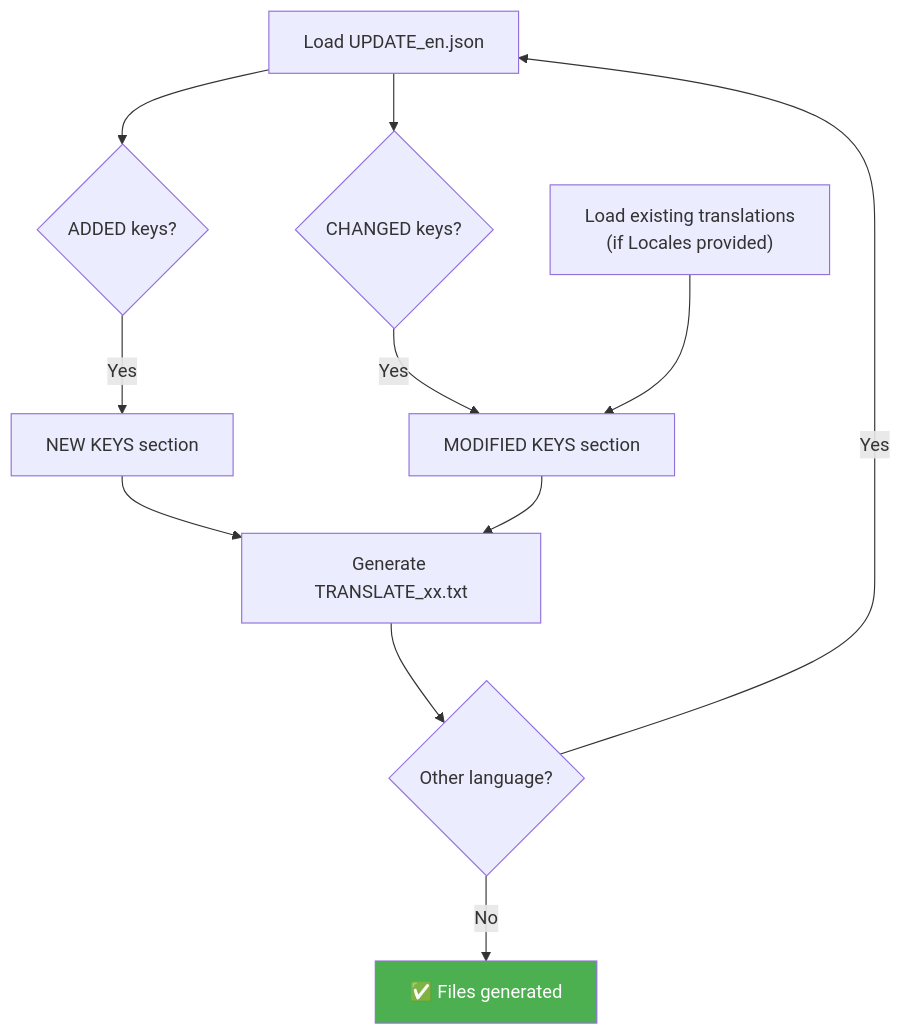
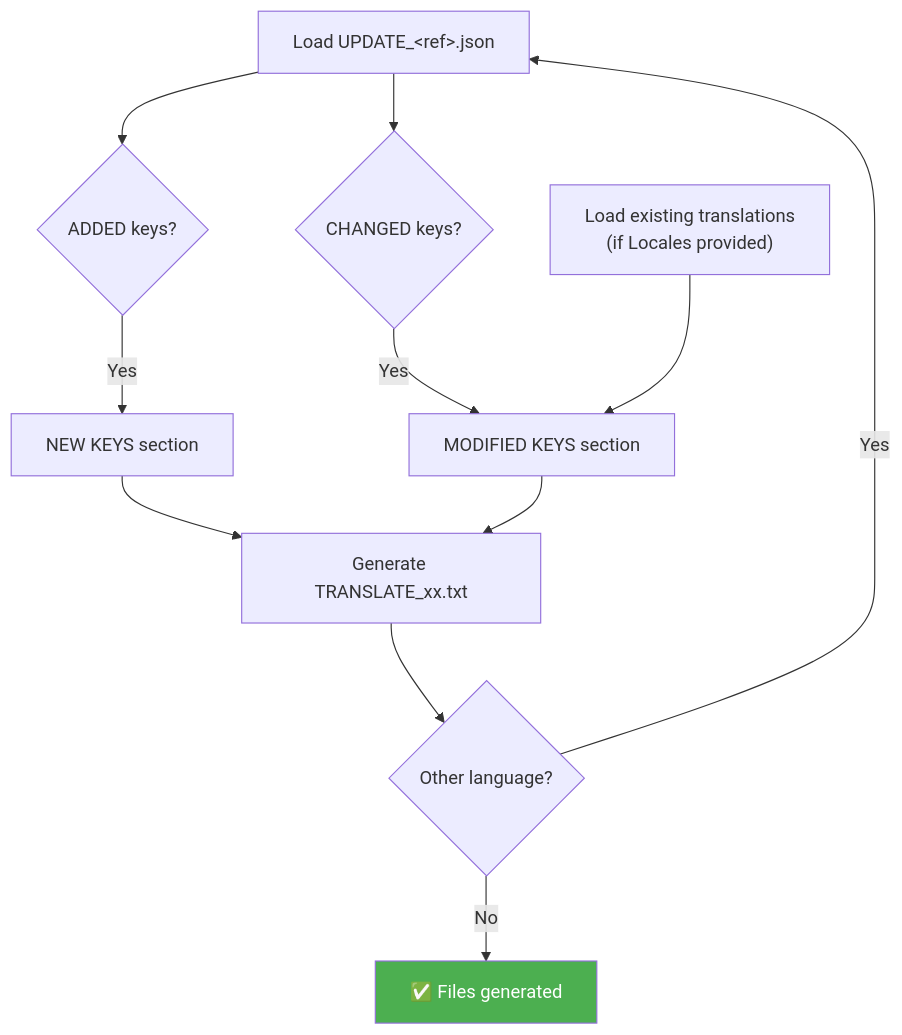
Before and after one commit to Gotcha26/Adobe_Lightroom_Translation_Plugins_Kit: the second of 2 diagrams in tools/translator/__doc__/en/commands/EXTRACT.md, drawn with Mermaid. The commit also changed other lines of this file and 28 other files, not shown here.

````diff
--- a/tools/translator/__doc__/en/commands/EXTRACT.md
+++ b/tools/translator/__doc__/en/commands/EXTRACT.md
@@ -53,19 +53,19 @@
 ```mermaid
 flowchart TD
-    A["Load UPDATE_en.json"] --> B{"ADDED keys?"}
+    A["Load UPDATE_&lt;ref&gt;.json"] --> B{"ADDED keys?"}
     B -->|Yes| C["NEW KEYS section"]
 
     A --> D{"CHANGED keys?"}
     D -->|Yes| E["MODIFIED KEYS section"]
 
     F["Load existing translations<br/>(if Locales provided)"] --> E
 
     C --> G["Generate TRANSLATE_xx.txt"]
     E --> G
 
     G --> H{"Other language?"}
     H -->|Yes| A
     H -->|No| I["✅ Files generated"]
 
     style I fill:#4CAF50,color:#fff
 ```
````
